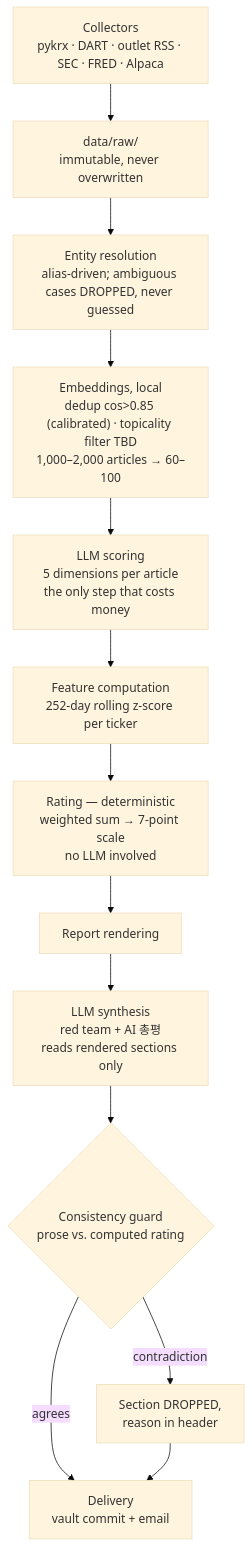
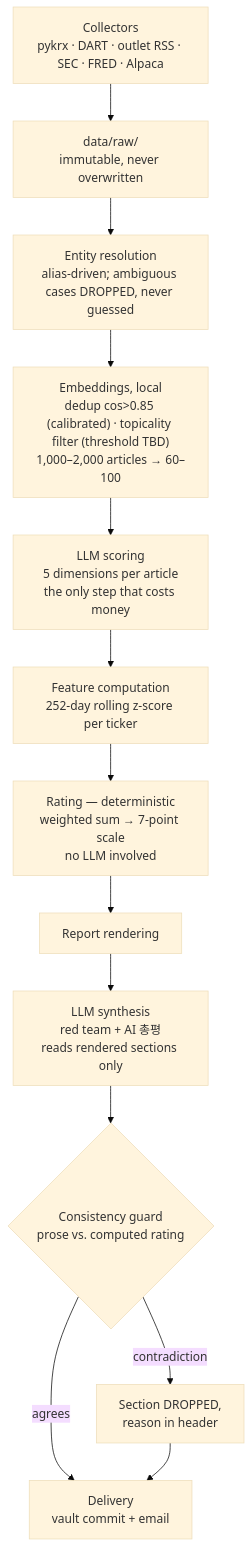
One commit to uichan-lee/market-briefing changed the diagram in README.md. Above: the diagram before and after it, drawn with Mermaid (base theme). The commit also changed other lines of this file and 3 other files, not shown here.

First line of the commit message:
docs: mark step 6's topicality mechanism built, threshold pending labels

````diff
--- a/README.md
+++ b/README.md
@@ -110,15 +110,15 @@
 ```mermaid
 flowchart TD
     A["Collectors<br/>pykrx · DART · outlet RSS · SEC · FRED · Alpaca"] --> B["data/raw/<br/>immutable, never overwritten"]
     B --> C["Entity resolution<br/>alias-driven; ambiguous cases DROPPED, never guessed"]
-    C --> D["Embeddings, local<br/>dedup cos&gt;0.85 (calibrated) · topicality filter TBD<br/>1,000–2,000 articles → 60–100"]
+    C --> D["Embeddings, local<br/>dedup cos&gt;0.85 (calibrated) · topicality filter (threshold TBD)<br/>1,000–2,000 articles → 60–100"]
     D --> E["LLM scoring<br/>5 dimensions per article<br/>the only step that costs money"]
     E --> F["Feature computation<br/>252-day rolling z-score per ticker"]
     F --> G["Rating — deterministic<br/>weighted sum → 7-point scale<br/>no LLM involved"]
     G --> H["Report rendering"]
     H --> I["LLM synthesis<br/>red team + AI 총평<br/>reads rendered sections only"]
     I --> J{"Consistency guard<br/>prose vs. computed rating"}
     J -->|contradiction| K["Section DROPPED,<br/>reason in header"]
     J -->|agrees| L["Delivery<br/>vault commit + email"]
     K --> L
 ```
````
